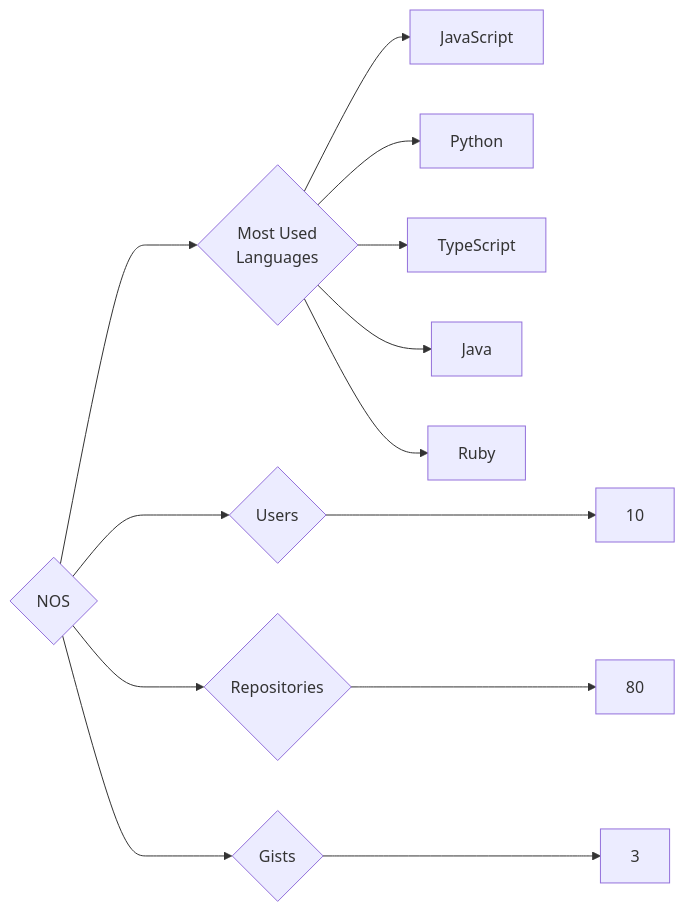
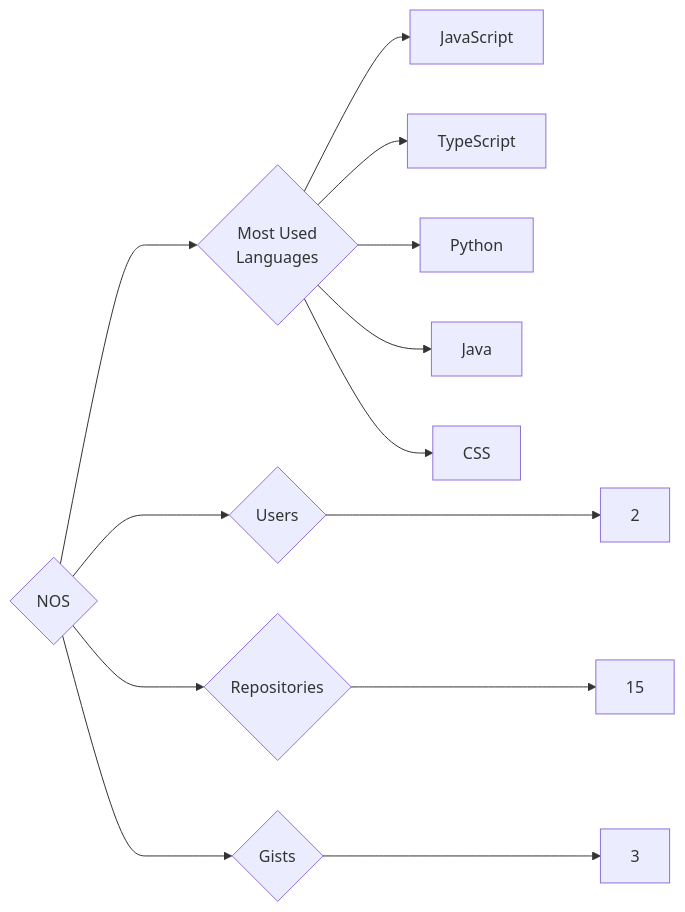
One commit to trickest/insiders changed the diagram in targets/NOS/README.md. Above: the diagram before and after it, drawn with Mermaid. The commit also changed 895 other files, not shown here.

````diff
--- a/targets/NOS/README.md
+++ b/targets/NOS/README.md
@@ -3,13 +3,13 @@
 ```mermaid
 graph LR
 COMPANY_NAME{NOS}
-COMPANY_NAME ---> U{Users} ---> UN[10]
-COMPANY_NAME ---> R{Repositories} ---> RN[80]
+COMPANY_NAME ---> U{Users} ---> UN[2]
+COMPANY_NAME ---> R{Repositories} ---> RN[15]
 COMPANY_NAME ---> G{Gists} ---> GN[3]
 COMPANY_NAME ---> ML{Most Used<br>Languages}
 ML --> JavaScript[JavaScript]
+ML --> TypeScript[TypeScript]
 ML --> Python[Python]
-ML --> TypeScript[TypeScript]
 ML --> Java[Java]
-ML --> Ruby[Ruby]
+ML --> CSS[CSS]
 ```
````
